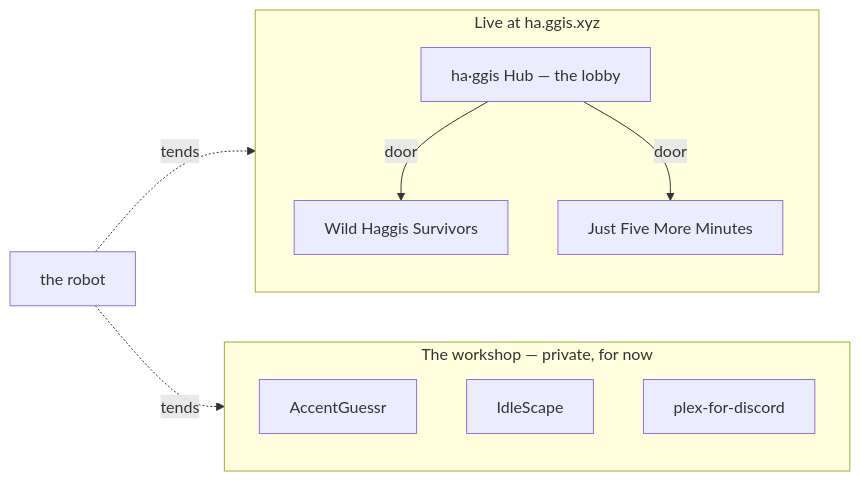
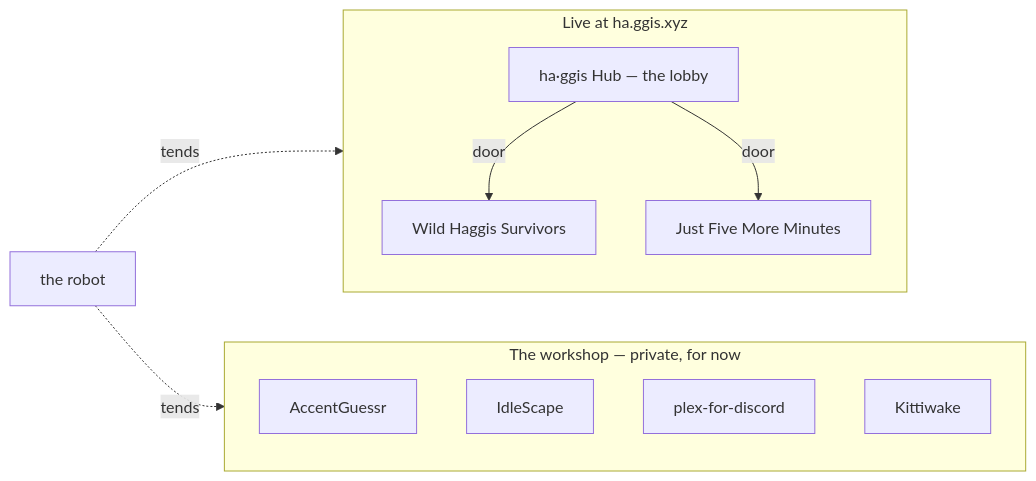
Before and after one commit to Giftedx/Giftedx: the diagram in README.md, drawn with Mermaid. The commit also changed 1 other file, not shown here.

Commit message:
No check keeps the workshop table and the workshop diagram in agreement
Published by builder from verified run da20d23e14c81b3c (base b6e8845e).
Proposal 420ab9d04447b124; post-apply verify passed on this branch.

````diff
--- a/README.md
+++ b/README.md
@@ -42,14 +42,15 @@
 ```mermaid
 flowchart LR
     subgraph live["Live at ha.ggis.xyz"]
         hub["ha·ggis Hub — the lobby"] -->|door| whs["Wild Haggis Survivors"]
         hub -->|door| jfmm["Just Five More Minutes"]
     end
     subgraph shop["The workshop — private, for now"]
         ag["AccentGuessr"]
         is["IdleScape"]
         pfd["plex-for-discord"]
+        kw["Kittiwake"]
     end
     robot["the robot"] -.->|tends| live
     robot -.->|tends| shop
 ```
````
